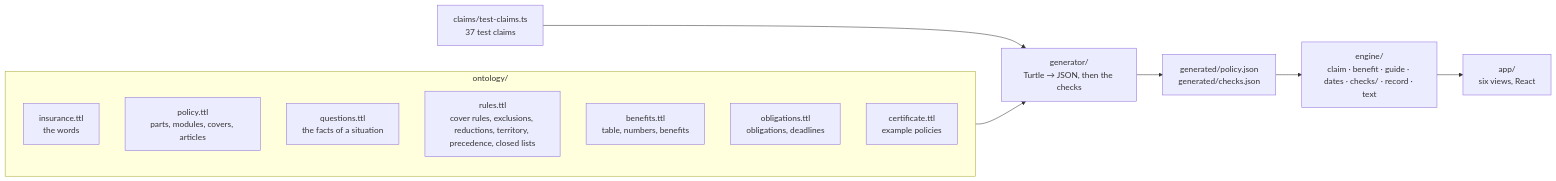
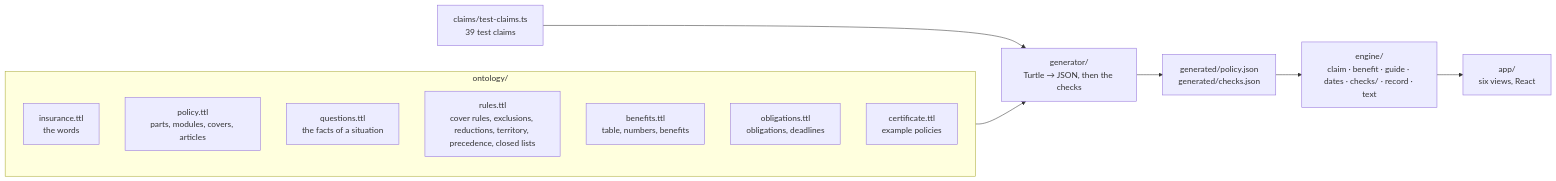
One commit to almilo/software-that-knows changed the diagram in car-insurance/README.md. Above: the diagram before and after it, drawn with Mermaid. The commit also changed 5 other files, not shown here.

````diff
--- a/car-insurance/README.md
+++ b/car-insurance/README.md
@@ -44,18 +44,18 @@
 ```mermaid
 flowchart LR
   subgraph K["ontology/"]
     W["insurance.ttl<br/>the words"]
     P["policy.ttl<br/>parts, modules, covers, articles"]
     Q["questions.ttl<br/>the facts of a situation"]
     R["rules.ttl<br/>cover rules, exclusions, reductions, territory, precedence, closed lists"]
     B["benefits.ttl<br/>table, numbers, benefits"]
     O["obligations.ttl<br/>obligations, deadlines"]
     C["certificate.ttl<br/>example policies"]
   end
   G["generator/<br/>Turtle → JSON, then the checks"]
   J["generated/policy.json<br/>generated/checks.json"]
   E["engine/<br/>claim · benefit · guide · dates · checks/ · record · text"]
   A["app/<br/>six views, React"]
   K --> G --> J --> E --> A
-  T["claims/test-claims.ts<br/>37 test claims"] --> G
+  T["claims/test-claims.ts<br/>39 test claims"] --> G
 ```
````
